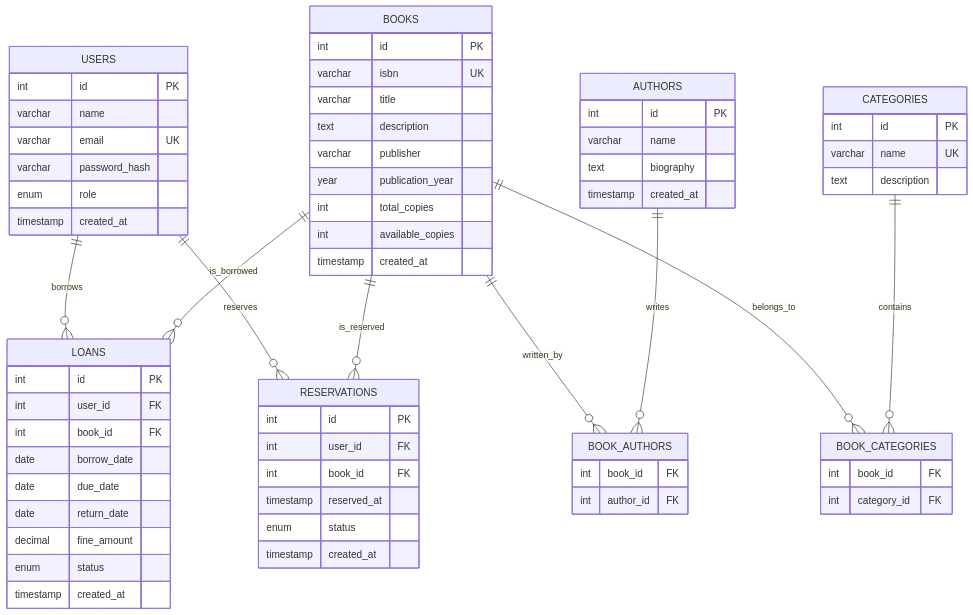
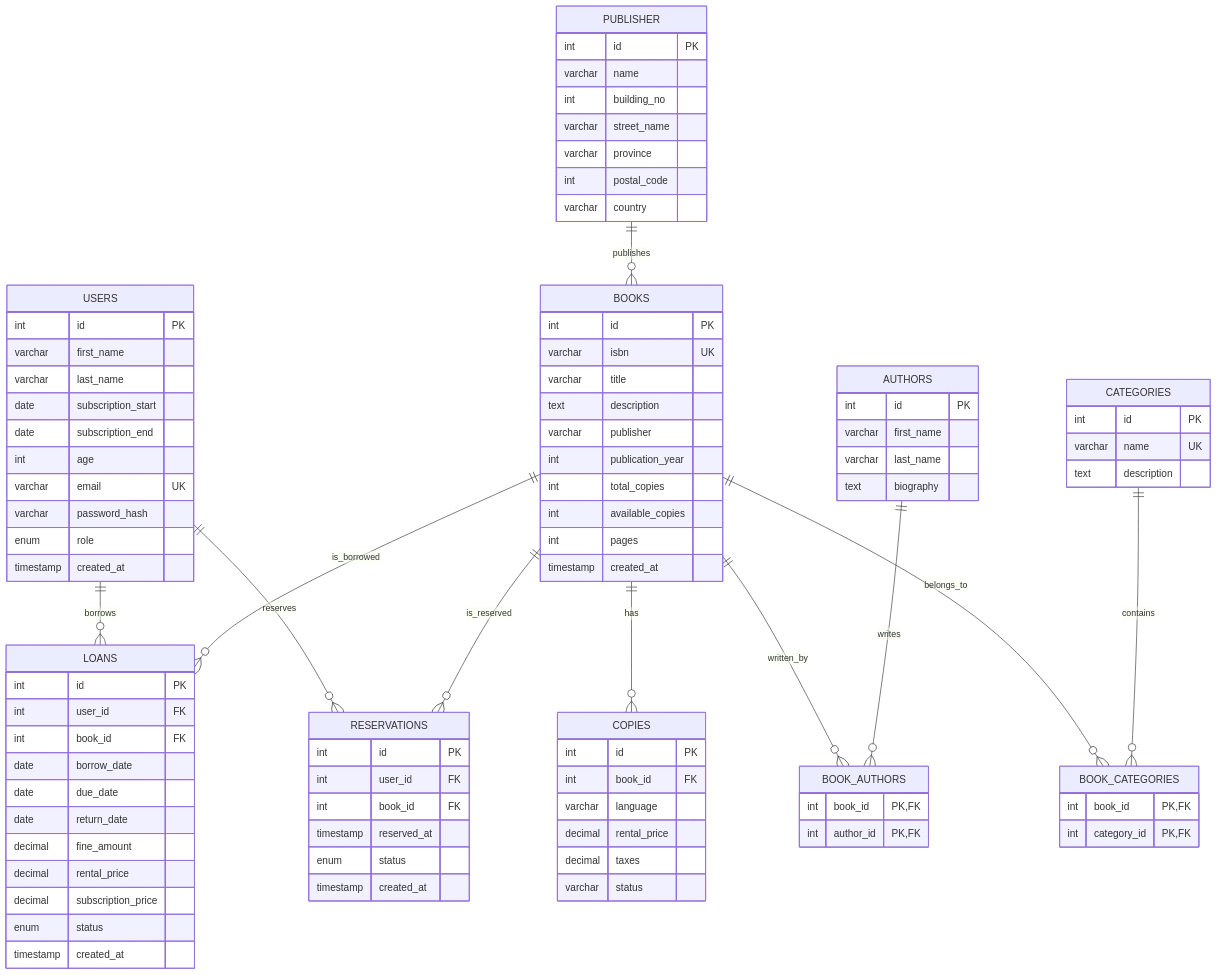
One commit to medo458/DBMS_PROJECT_2026_ASU changed the diagram in README.md. Above: the diagram before and after it, drawn with Mermaid. The commit also changed other lines of this file, not shown here.

Commit message:
edits in erd

````diff
--- a/README.md
+++ b/README.md
@@ -10,57 +21,73 @@
 erDiagram
     USERS ||--o{ LOANS : "borrows"
     USERS ||--o{ RESERVATIONS : "reserves"
+    PUBLISHER ||--o{ BOOKS : "publishes"
     BOOKS ||--o{ LOANS : "is_borrowed"
     BOOKS ||--o{ RESERVATIONS : "is_reserved"
+    BOOKS ||--o{ COPIES : "has"
     BOOKS ||--o{ BOOK_AUTHORS : "written_by"
     AUTHORS ||--o{ BOOK_AUTHORS : "writes"
     BOOKS ||--o{ BOOK_CATEGORIES : "belongs_to"
     CATEGORIES ||--o{ BOOK_CATEGORIES : "contains"
-    
+
     USERS {
         int id PK
-        varchar name
+        varchar first_name
+        varchar last_name
+        date subscription_start
+        date subscription_end
+        int age
         varchar email UK
         varchar password_hash
         enum role
         timestamp created_at
     }
-    
+
     BOOKS {
         int id PK
         varchar isbn UK
         varchar title
         text description
         varchar publisher
-        year publication_year
+        int publication_year
         int total_copies
         int available_copies
+        int pages
         timestamp created_at
     }
-    
+
+    COPIES {
+        int id PK
+        int book_id FK
+        varchar language
+        decimal rental_price
+        decimal taxes
+        varchar status
+    }
+
     AUTHORS {
         int id PK
-        varchar name
+        varchar first_name
+        varchar last_name
         text biography
-        timestamp created_at
     }
-    
+
     CATEGORIES {
         int id PK
         varchar name UK
         text description
     }
-    
+
     BOOK_AUTHORS {
-        int book_id FK
-        int author_id FK
+        int book_id PK,FK
+        int author_id PK,FK
     }
-    
+
     BOOK_CATEGORIES {
-        int book_id FK
-        int category_id FK
+        int book_id PK,FK
+        int category_id PK,FK
     }
-    
+
     LOANS {
         int id PK
         int user_id FK
@@ -69,10 +96,12 @@
         date due_date
         date return_date
         decimal fine_amount
+        decimal rental_price
+        decimal subscription_price
         enum status
         timestamp created_at
     }
-    
+
     RESERVATIONS {
         int id PK
         int user_id FK
@@ -81,4 +110,14 @@
         enum status
         timestamp created_at
     }
+
+    PUBLISHER {
+        int id PK
+        varchar name
+        int building_no
+        varchar street_name
+        varchar province
+        int postal_code
+        varchar country
+    }
 ```
````
